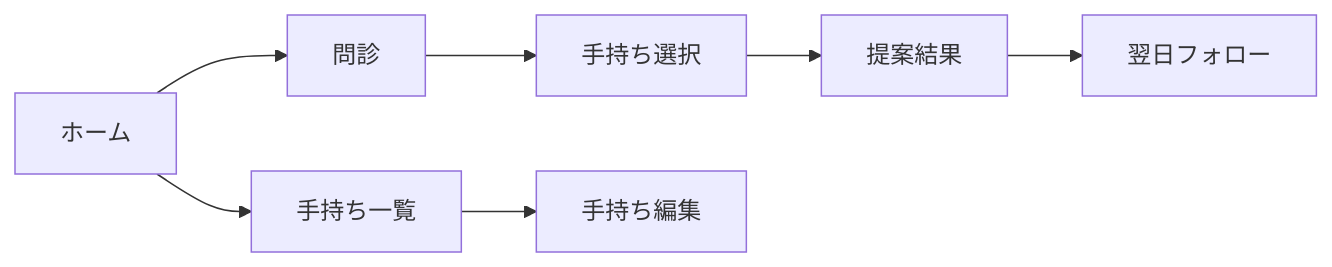
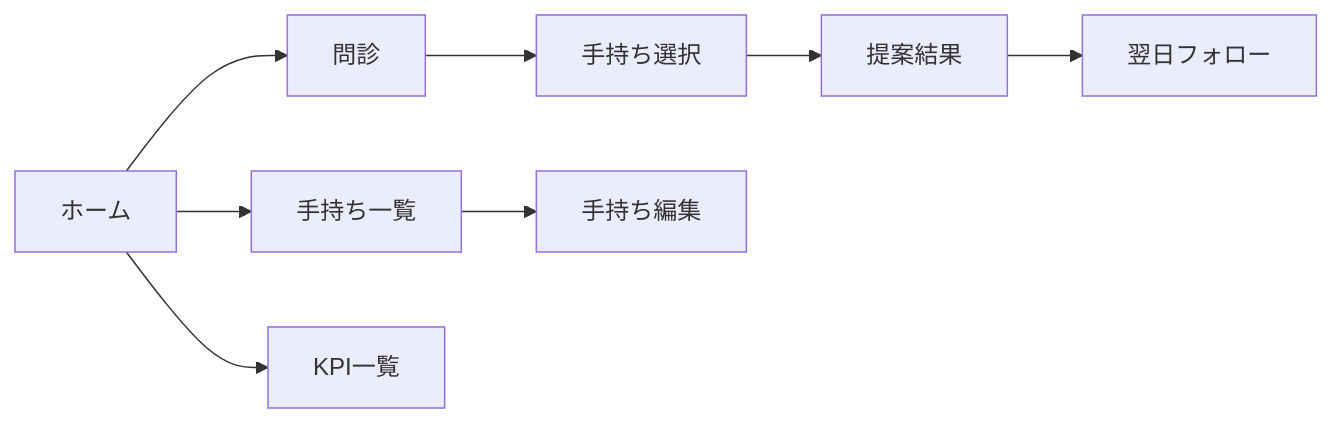
The fourth of 4 diagrams in docs/functional-design.md (MasanoriSuda/ba-pocket), drawn with Mermaid before and after one commit. The commit also changed other lines of this file and 30 other files, not shown here.

````diff
--- a/docs/functional-design.md
+++ b/docs/functional-design.md
@@ -139,9 +159,10 @@
 ```mermaid
 flowchart LR
   Home[ホーム] --> Checklist[問診]
   Home --> Products[手持ち一覧]
+  Home --> Kpi[KPI一覧]
   Checklist --> Select[手持ち選択]
   Select --> Result[提案結果]
   Result --> Follow[翌日フォロー]
   Products --> Edit[手持ち編集]
 ```
````
